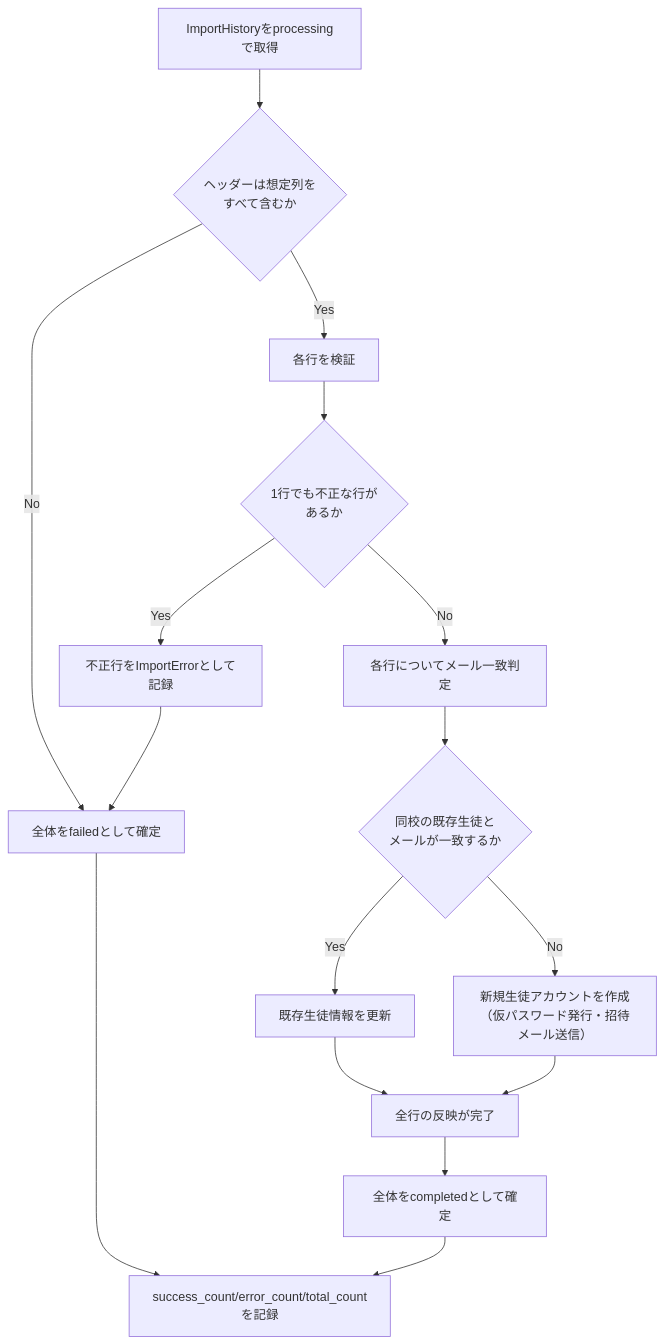
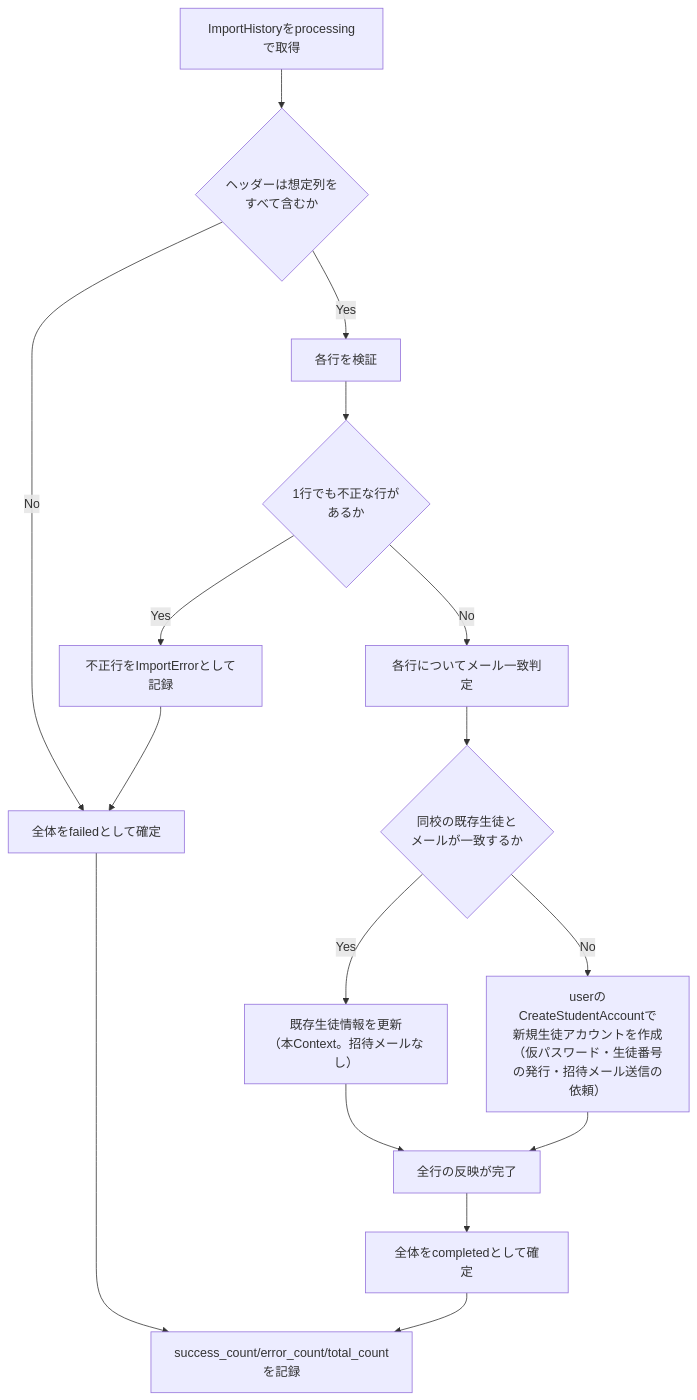
Before and after one commit to yuta20253/edu-platform-go-design: the fourth of 4 diagrams in 計画書/GO移行・設計仕様書/生徒CSVインポート機能_Go移行・設計仕様書.md, drawn with Mermaid. The commit also changed other lines of this file and 28 other files, not shown here.

````diff
--- a/計画書/GO移行・設計仕様書/生徒CSVインポート機能_Go移行・設計仕様書.md
+++ b/計画書/GO移行・設計仕様書/生徒CSVインポート機能_Go移行・設計仕様書.md
@@ -430,18 +442,18 @@
 ```mermaid
 flowchart TD
     A[ImportHistoryをprocessingで取得] --> B{ヘッダーは想定列を<br/>すべて含むか}
     B -- No --> F1[全体をfailedとして確定]
     B -- Yes --> C[各行を検証]
     C --> D{1行でも不正な行が<br/>あるか}
     D -- Yes --> E[不正行をImportErrorとして記録]
     E --> F1
     D -- No --> G[各行についてメール一致判定]
     G --> H{同校の既存生徒と<br/>メールが一致するか}
-    H -- Yes --> I[既存生徒情報を更新]
-    H -- No --> J[新規生徒アカウントを作成<br/>（仮パスワード発行・招待メール送信）]
+    H -- Yes --> I[既存生徒情報を更新<br/>（本Context。招待メールなし）]
+    H -- No --> J[userのCreateStudentAccountで<br/>新規生徒アカウントを作成<br/>（仮パスワード・生徒番号の発行・招待メール送信の依頼）]
     I --> K[全行の反映が完了]
     J --> K
     K --> F2[全体をcompletedとして確定]
     F1 --> L[success_count/error_count/total_countを記録]
     F2 --> L
 ```
````
